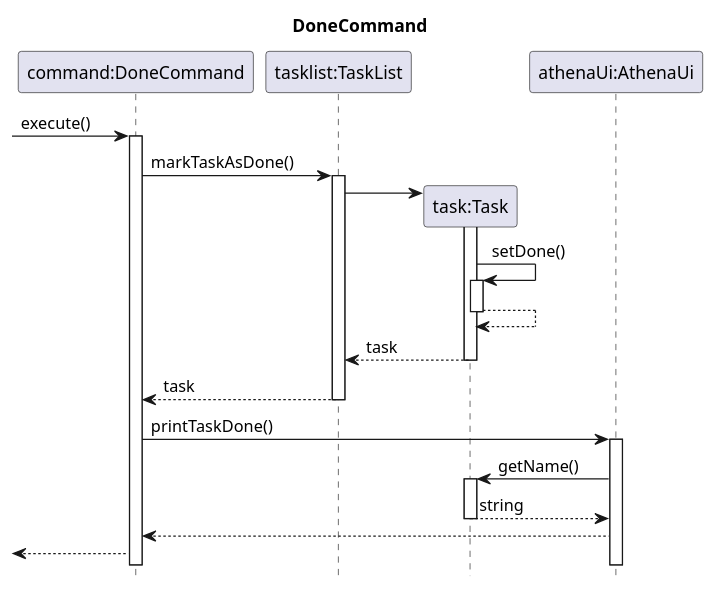
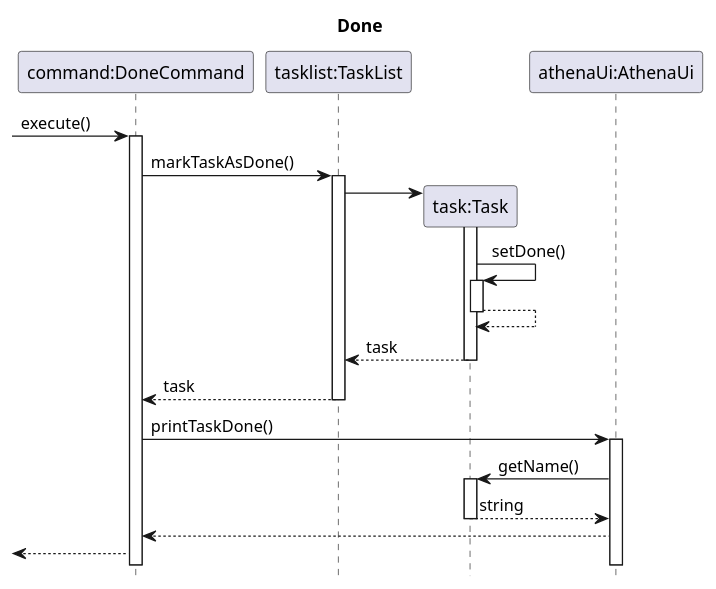
One commit to wish2023/tp changed the diagram in docs/sequenceDiagrams/DoneCommand.puml. Above: the diagram before and after it, drawn with PlantUML. The commit also changed 21 other files, not shown here.

Commit message:
Updated diagrams Minor modification to UG

```diff
--- a/docs/sequenceDiagrams/DoneCommand.puml
+++ b/docs/sequenceDiagrams/DoneCommand.puml
@@ -1,28 +1,28 @@
 @startuml
 hide footbox
-title DoneCommand
+title Done
 
 participant "command:DoneCommand" as DoneCommand
 participant "tasklist:TaskList" as TaskList
 participant "task:Task" as Task
 participant "athenaUi:AthenaUi" as AthenaUI
 
 ->DoneCommand: execute()
 activate DoneCommand
 DoneCommand->TaskList: markTaskAsDone()
 activate TaskList
 
 TaskList->Task**
 activate Task
 Task->Task++:setDone()
 Task-->Task--:
 return task
 return task
 DoneCommand->AthenaUI: printTaskDone()
 activate AthenaUI
 AthenaUI->Task++: getName()
 return string
 AthenaUI-->DoneCommand:
 <--DoneCommand
 
 @enduml
```
